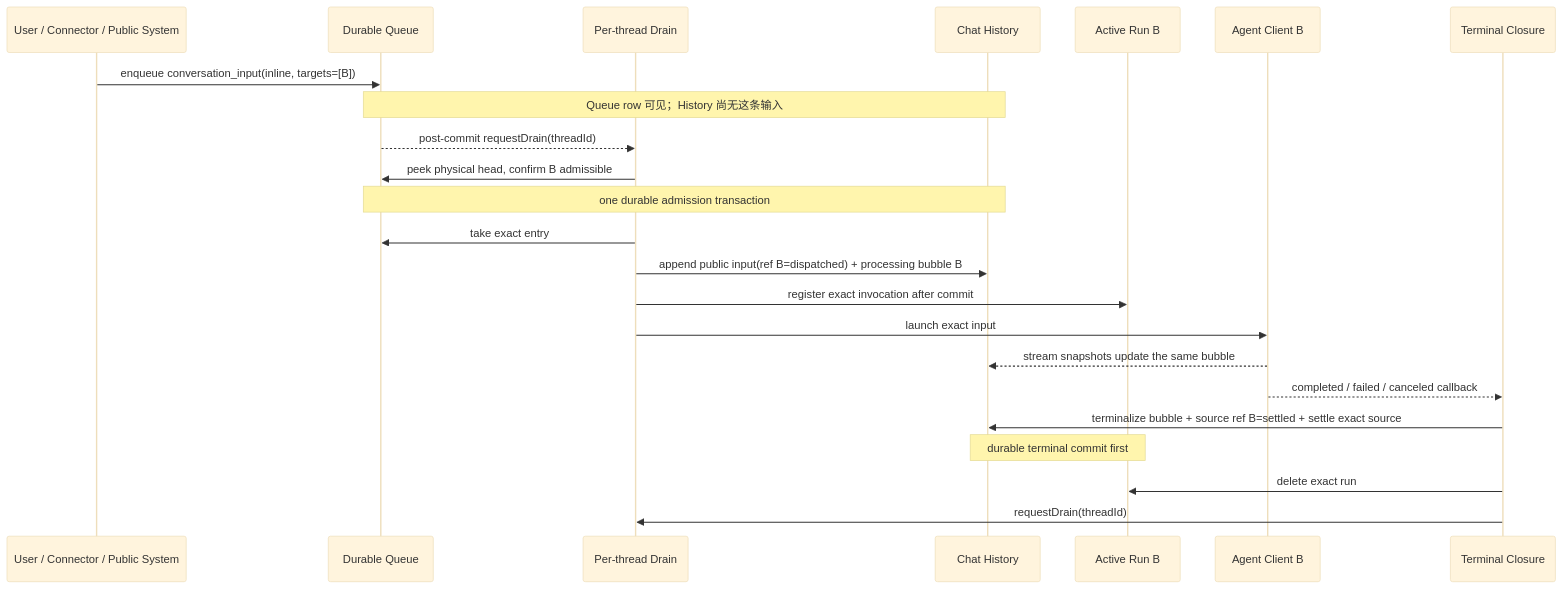
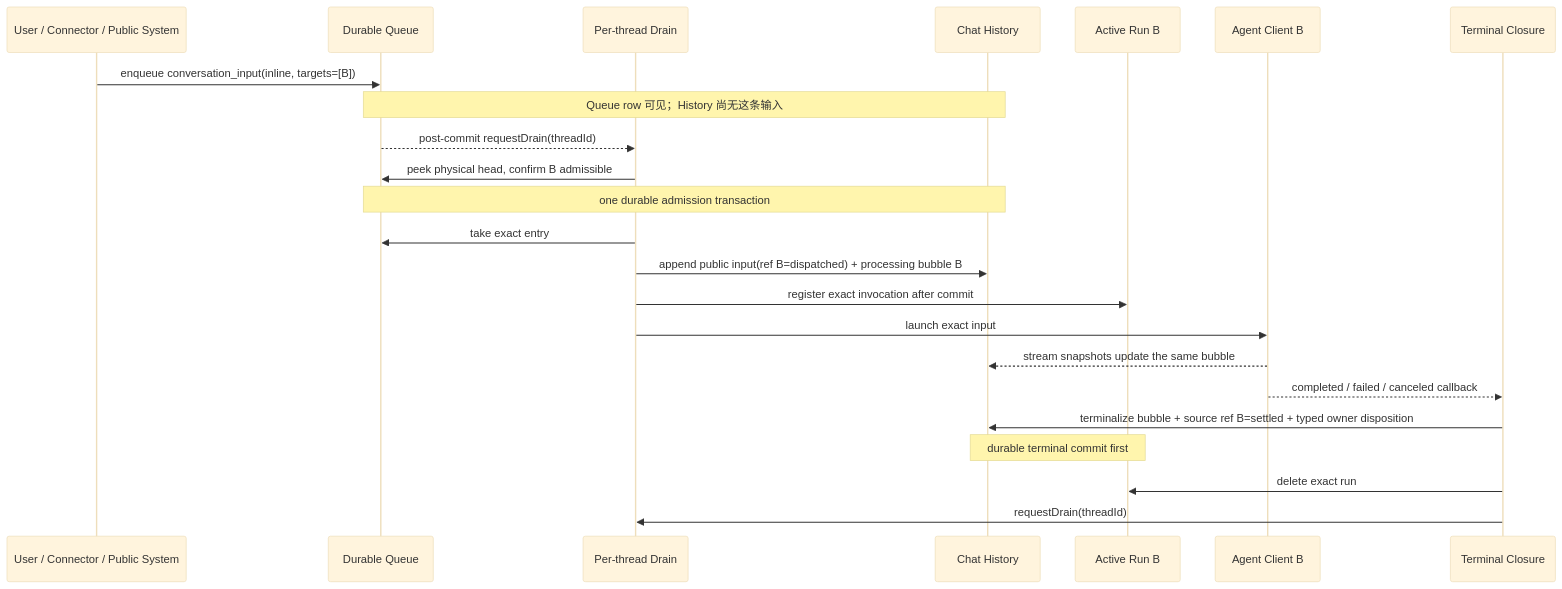
Before and after one commit to zts212653/clowder-ai: the first of 8 diagrams in docs/architecture/message-delivery-handling-handoff-audit.md, drawn with Mermaid (base theme). The commit also changed other lines of this file, not shown here.

````diff
--- a/docs/architecture/message-delivery-handling-handoff-audit.md
+++ b/docs/architecture/message-delivery-handling-handoff-audit.md
@@ -91,26 +92,26 @@
 ```mermaid
 sequenceDiagram
     participant U as User / Connector / Public System
     participant Q as Durable Queue
     participant D as Per-thread Drain
     participant H as Chat History
     participant R as Active Run B
     participant B as Agent Client B
     participant T as Terminal Closure
 
     U->>Q: enqueue conversation_input(inline, targets=[B])
     Note over Q,H: Queue row 可见；History 尚无这条输入
     Q-->>D: post-commit requestDrain(threadId)
     D->>Q: peek physical head, confirm B admissible
     Note over Q,H: one durable admission transaction
     D->>Q: take exact entry
     D->>H: append public input(ref B=dispatched) + processing bubble B
     D->>R: register exact invocation after commit
     D->>B: launch exact input
     B-->>H: stream snapshots update the same bubble
     B-->>T: completed / failed / canceled callback
-    T->>H: terminalize bubble + source ref B=settled + settle exact source
+    T->>H: terminalize bubble + source ref B=settled + typed owner disposition
     Note over H,R: durable terminal commit first
     T->>R: delete exact run
     T->>D: requestDrain(threadId)
 ```
````
